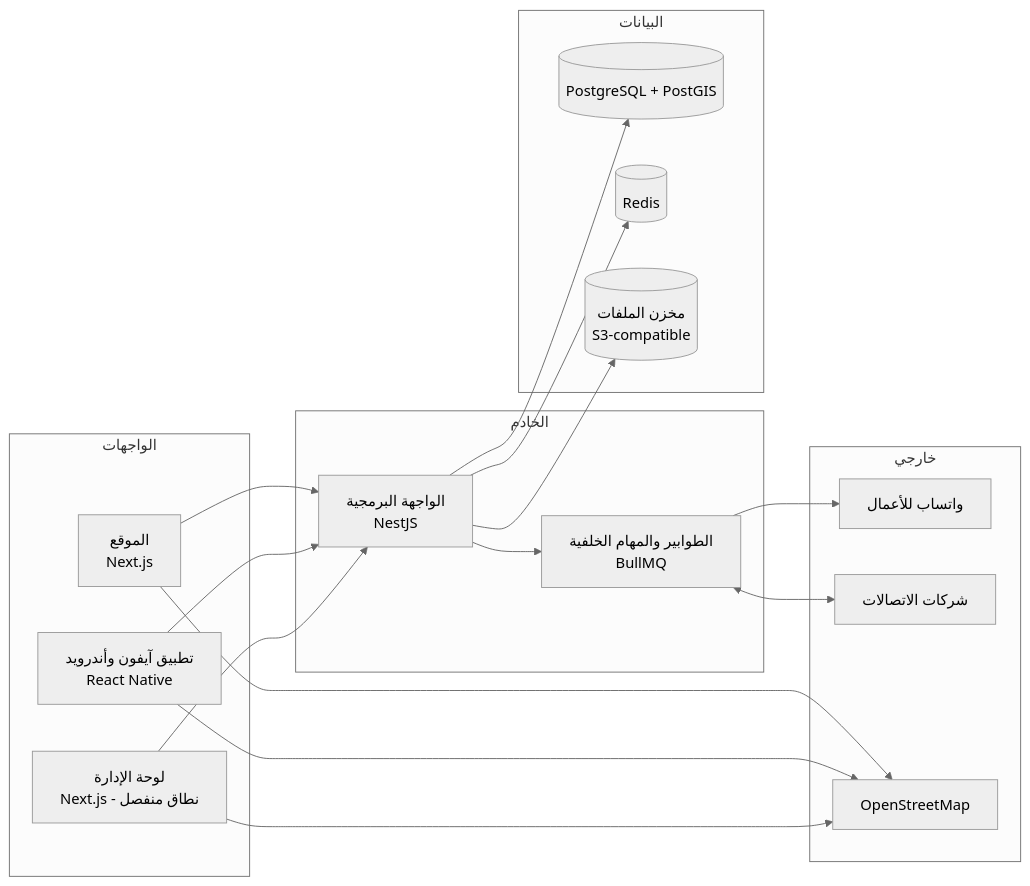
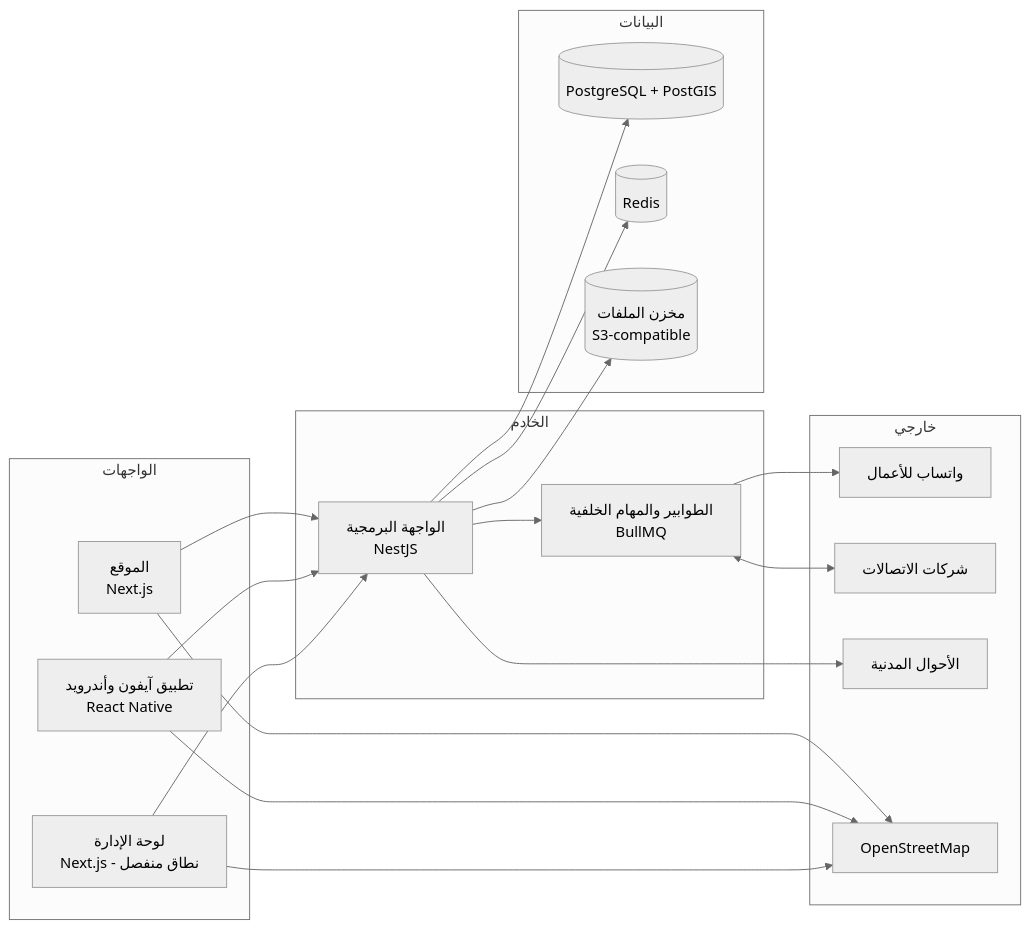
One commit to servacode/imei changed the diagram in docs/10-architecture-and-tech-stack.md. Above: the diagram before and after it, drawn with Mermaid (neutral theme). The commit also changed other lines of this file and 10 other files, not shown here.

````diff
--- a/docs/10-architecture-and-tech-stack.md
+++ b/docs/10-architecture-and-tech-stack.md
@@ -17,34 +17,36 @@
 ```mermaid
 flowchart LR
     subgraph UI [الواجهات]
         W[الموقع<br/>Next.js]
         M[تطبيق آيفون وأندرويد<br/>React Native]
         AD[لوحة الإدارة<br/>Next.js - نطاق منفصل]
     end
     subgraph BE [الخادم]
         API[الواجهة البرمجية<br/>NestJS]
         Q[الطوابير والمهام الخلفية<br/>BullMQ]
     end
     subgraph DATA [البيانات]
         DB[(PostgreSQL + PostGIS)]
         R[(Redis)]
         S[(مخزن الملفات<br/>S3-compatible)]
     end
     subgraph EXT [خارجي]
         WA[واتساب للأعمال]
         TEL[شركات الاتصالات]
+        CIV[الأحوال المدنية]
         MAP[OpenStreetMap]
     end
     W --> API
     M --> API
     AD --> API
     API --> DB
     API --> R
     API --> S
     API --> Q
     Q --> WA
     Q <--> TEL
+    API --> CIV
     W --> MAP
     M --> MAP
     AD --> MAP
 ```
````
